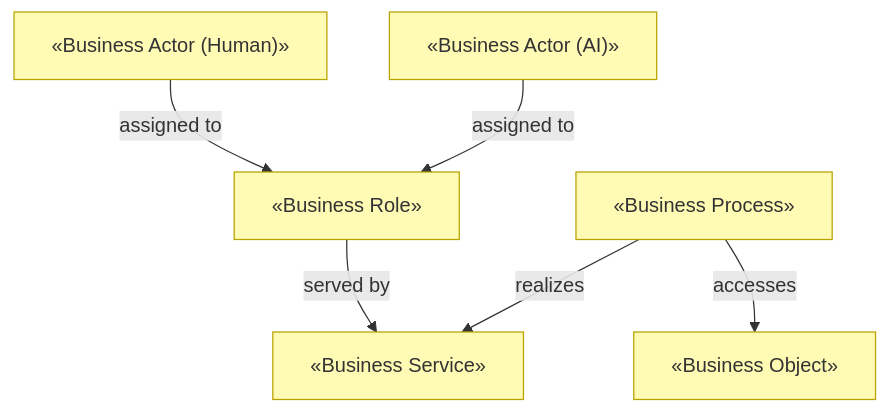
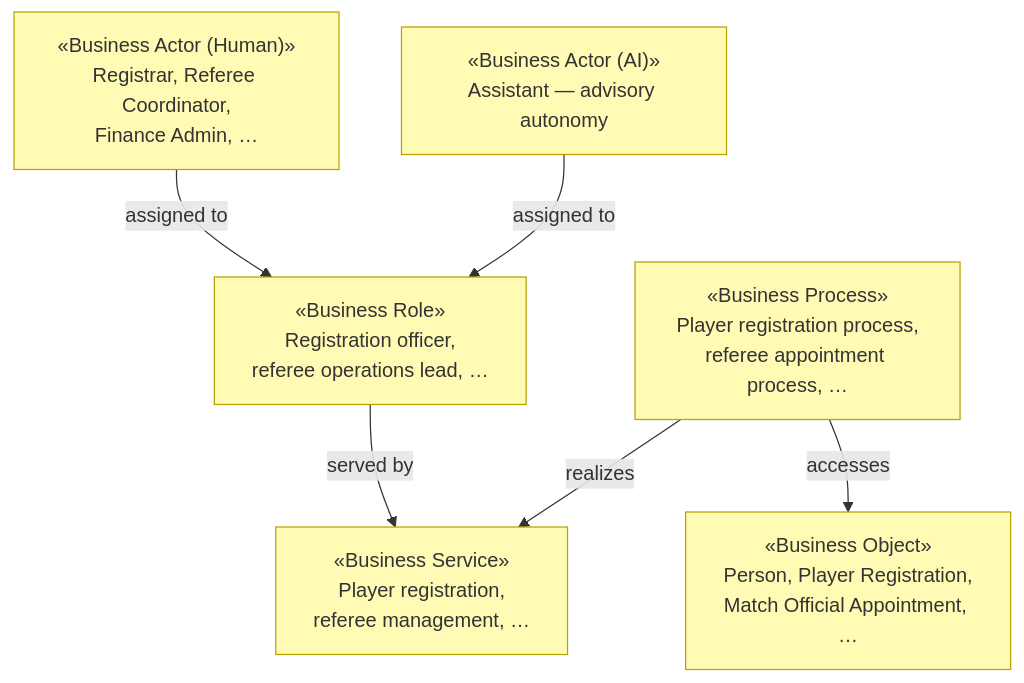
The diagram in docs/ea/2_business/README.md (DataME2/ia-architect), drawn with Mermaid before and after one commit. The commit also changed other lines of this file and 17 other files, not shown here.

First line of the commit message:
docs: bootstrap Let'sDataTalk strategy and business architecture

````diff
--- a/docs/ea/2_business/README.md
+++ b/docs/ea/2_business/README.md
@@ -46,17 +39,17 @@
 ```mermaid
 flowchart TB
-  actorH["«Business Actor (Human)»<br><Who>"]:::business
-  actorAI["«Business Actor (AI)»<br><Who, and at what autonomy>"]:::business
-  role["«Business Role»<br><Role they play>"]:::business
-  svc["«Business Service»<br><What's offered>"]:::business
-  proc["«Business Process»<br><How it's delivered>"]:::business
-  obj["«Business Object»<br><What's handled>"]:::business
+  actorH["«Business Actor (Human)»<br>Registrar, Referee Coordinator,<br>Finance Admin, …"]:::business
+  actorAI["«Business Actor (AI)»<br>Assistant — advisory autonomy"]:::business
+  role["«Business Role»<br>Registration officer,<br>referee operations lead, …"]:::business
+  svc["«Business Service»<br>Player registration,<br>referee management, …"]:::business
+  proc["«Business Process»<br>Player registration process,<br>referee appointment process, …"]:::business
+  obj["«Business Object»<br>Person, Player Registration,<br>Match Official Appointment, …"]:::business
 
   actorH -->|assigned to| role
   actorAI -->|assigned to| role
   role -->|served by| svc
   proc -->|realizes| svc
   proc -->|accesses| obj
 
   classDef business fill:#fffbb5,stroke:#b8a200,color:#333
 ```
````
